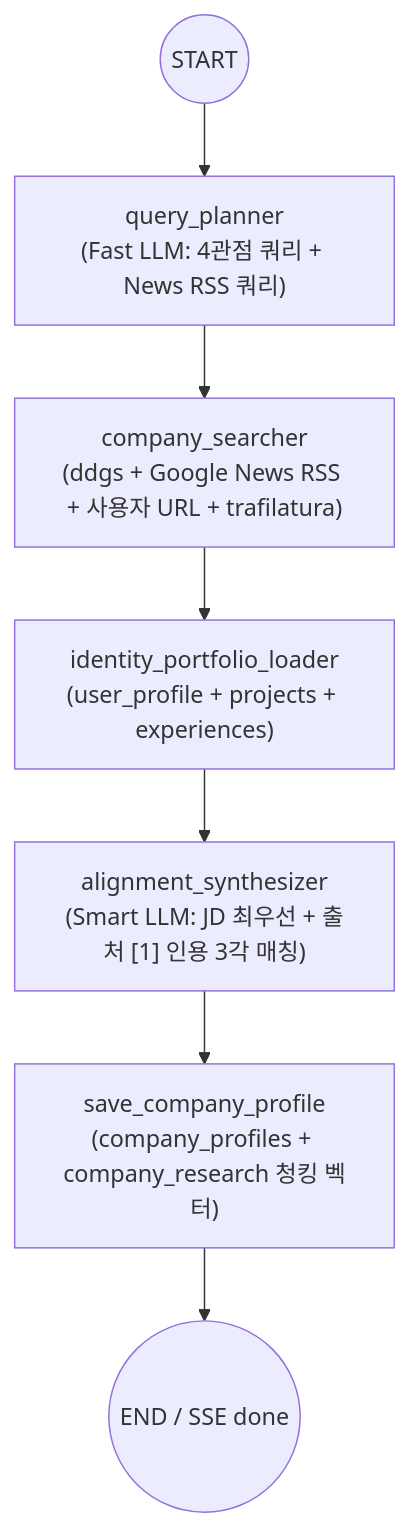
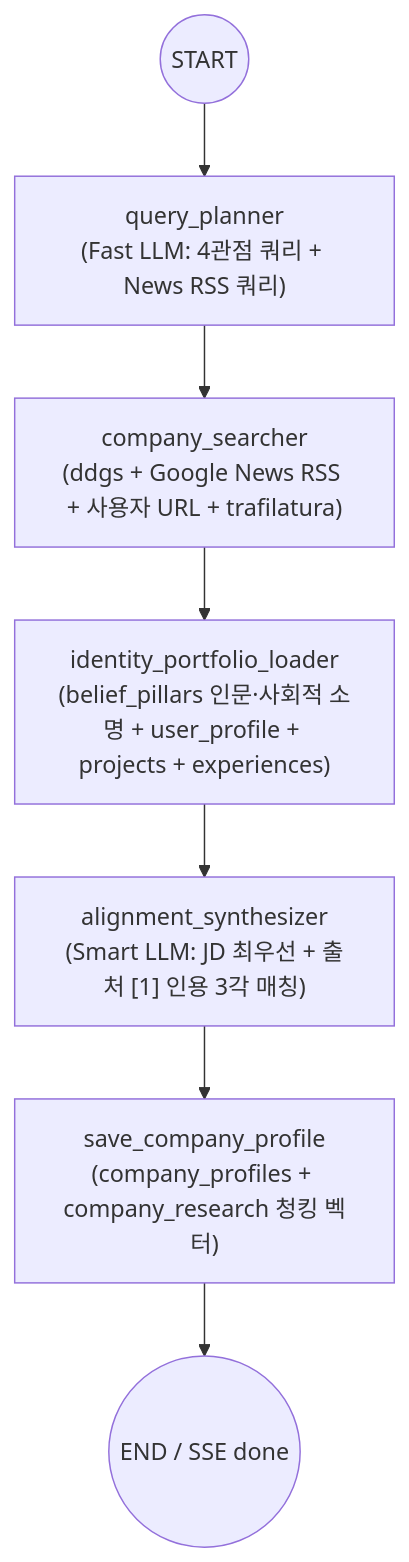
Before and after one commit to KASOP0306/write-on-vibe-lab: the third of 5 diagrams in WORKFLOWS.md, drawn with Mermaid. The commit also changed other lines of this file and 5 other files, not shown here.

Commit message:
docs: sync all markdown docs with Interview v3.0, Belief Pillars, Copilot STAR-L sync, and GitHub integration

````diff
--- a/WORKFLOWS.md
+++ b/WORKFLOWS.md
@@ -80,9 +85,9 @@
 ```mermaid
 flowchart TD
     S((START)) --> PLAN["query_planner\n(Fast LLM: 4관점 쿼리 + News RSS 쿼리)"]
     PLAN --> SEARCH["company_searcher\n(ddgs + Google News RSS + 사용자 URL + trafilatura)"]
-    SEARCH --> LOAD["identity_portfolio_loader\n(user_profile + projects + experiences)"]
+    SEARCH --> LOAD["identity_portfolio_loader\n(belief_pillars 인문·사회적 소명 + user_profile + projects + experiences)"]
     LOAD --> SYNTH["alignment_synthesizer\n(Smart LLM: JD 최우선 + 출처 [1] 인용 3각 매칭)"]
     SYNTH --> SAVE["save_company_profile\n(company_profiles + company_research 청킹 벡터)"]
     SAVE --> E((END / SSE done))
 ```
````
